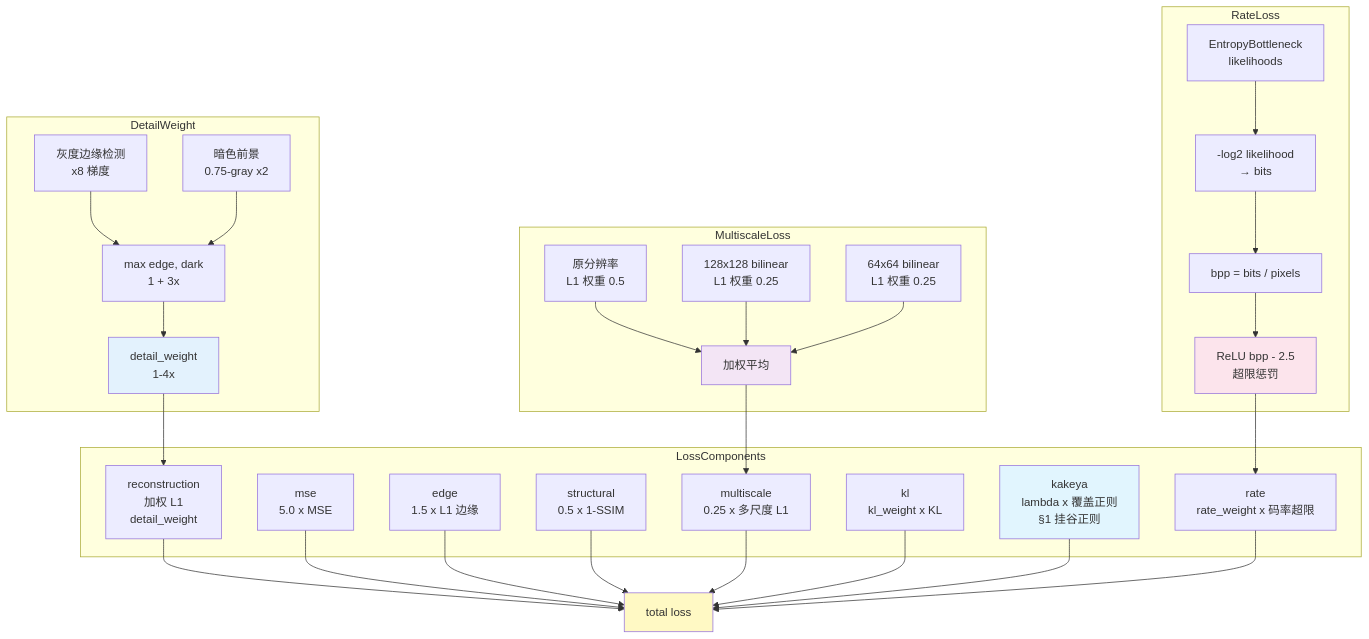
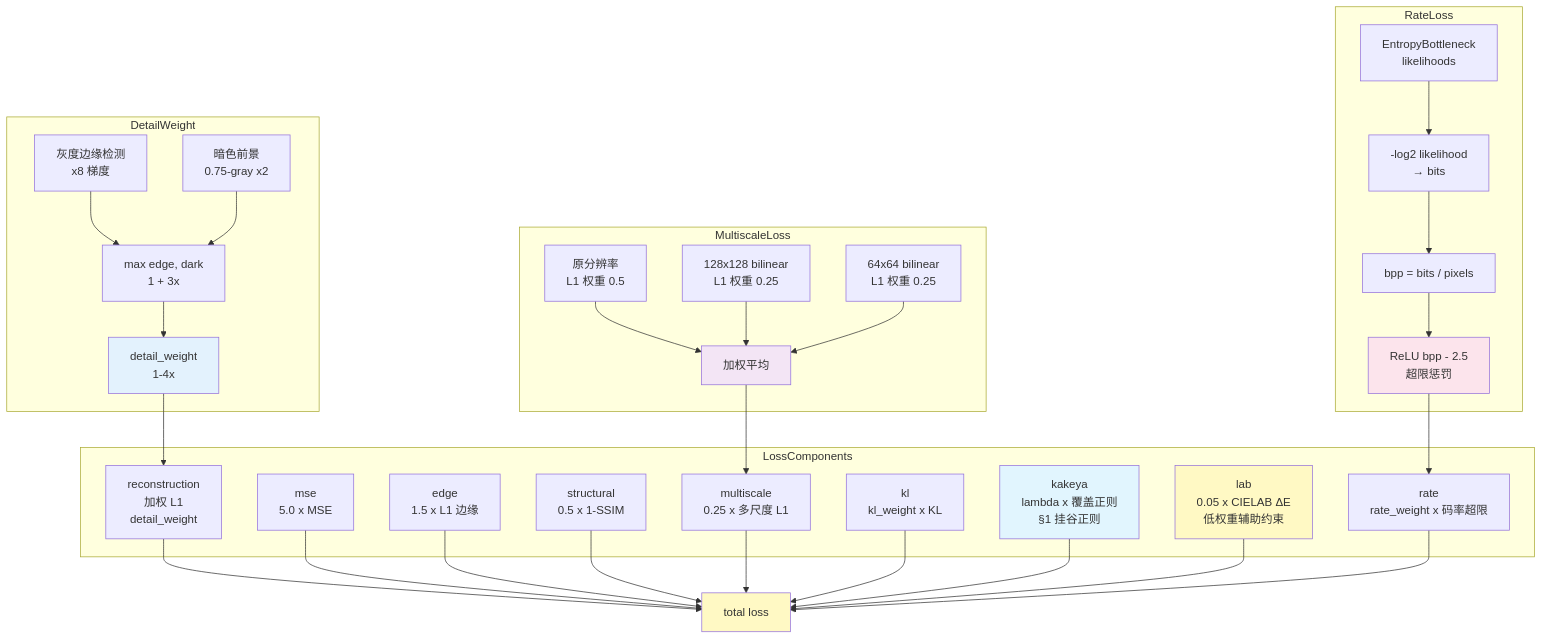
One commit to novvoo/kakeya-vae changed the ninth of 22 diagrams in docs/architecture.md. Above: the diagram before and after it, drawn with Mermaid. The commit also changed other lines of this file and 1 other file, not shown here.

Commit message:
feat: 恢复低权重基础版LAB损失（λ=0.05）

````diff
--- a/docs/architecture.md
+++ b/docs/architecture.md
@@ -397,59 +397,62 @@
 ```mermaid
 graph TD
     subgraph LossComponents
         L1[reconstruction<br/>加权 L1<br/>detail_weight]
         L2[mse<br/>5.0 x MSE]
         L3[edge<br/>1.5 x L1 边缘]
         L4[structural<br/>0.5 x 1-SSIM]
         L5[multiscale<br/>0.25 x 多尺度 L1]
         L6[kl<br/>kl_weight x KL]
         L7[kakeya<br/>lambda x 覆盖正则<br/>§1 挂谷正则]
-        L8[rate<br/>rate_weight x 码率超限]
+        L8[lab<br/>0.05 x CIELAB ΔE<br/>低权重辅助约束]
+        L9[rate<br/>rate_weight x 码率超限]
     end
 
     L1 --> TOTAL[total loss]
     L2 --> TOTAL
     L3 --> TOTAL
     L4 --> TOTAL
     L5 --> TOTAL
     L6 --> TOTAL
     L7 --> TOTAL
     L8 --> TOTAL
+    L9 --> TOTAL
 
     subgraph DetailWeight
         DW1[灰度边缘检测<br/>x8 梯度]
         DW2[暗色前景<br/>0.75-gray x2]
         DW3[max edge, dark<br/>1 + 3x]
         DW1 --> DW3
         DW2 --> DW3
         DW3 --> DW[detail_weight<br/>1-4x]
         DW --> L1
     end
 
     subgraph MultiscaleLoss
         MS0[原分辨率<br/>L1 权重 0.5]
         MS1[128x128 bilinear<br/>L1 权重 0.25]
         MS2[64x64 bilinear<br/>L1 权重 0.25]
         MS0 --> MS_AVG[加权平均]
         MS1 --> MS_AVG
         MS2 --> MS_AVG
         MS_AVG --> L5
     end
 
     subgraph RateLoss
         RL1[EntropyBottleneck<br/>likelihoods]
         RL2[-log2 likelihood<br/>→ bits]
         RL3[bpp = bits / pixels]
         RL4[ReLU bpp - 2.5<br/>超限惩罚]
         RL1 --> RL2
         RL2 --> RL3
         RL3 --> RL4
-        RL4 --> L8
+        RL4 --> L9
     end
 
     style TOTAL fill:#fff9c4
     style DW fill:#e3f2fd
     style MS_AVG fill:#f3e5f5
     style RL4 fill:#fce4ec
     style L7 fill:#e1f5fe
+    style L8 fill:#fff9c4
 ```
````
